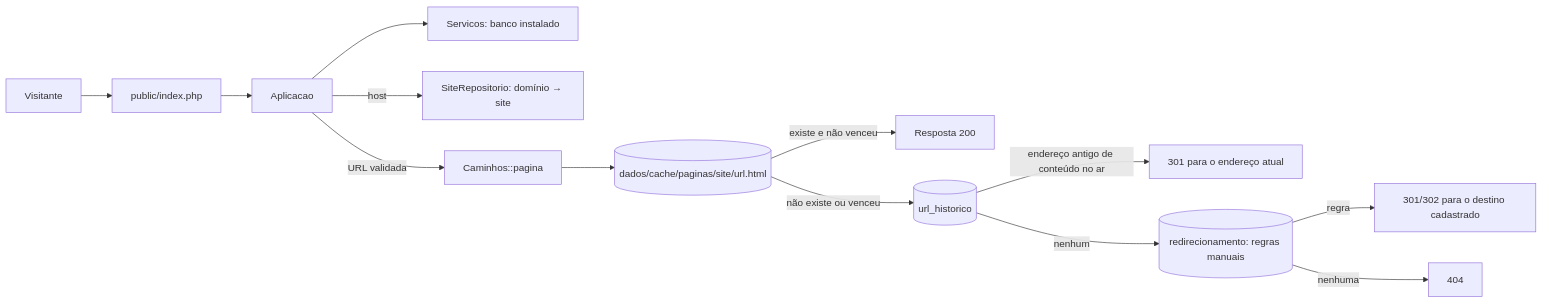
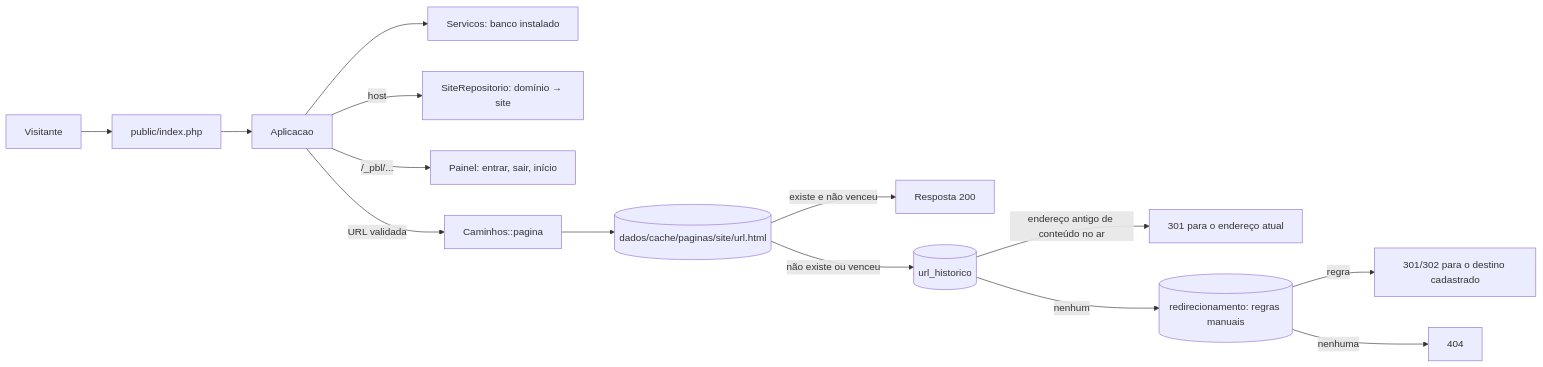
One commit to publicare/publicare4 changed the first of 2 diagrams in docs/tecnica/arquitetura.md. Above: the diagram before and after it, drawn with Mermaid. The commit also changed other lines of this file and 27 other files, not shown here.

````diff
--- a/docs/tecnica/arquitetura.md
+++ b/docs/tecnica/arquitetura.md
@@ -7,15 +7,16 @@
 ```mermaid
 flowchart LR
     V[Visitante] --> I[public/index.php]
     I --> A[Aplicacao]
     A --> S[Servicos: banco instalado]
     A -->|host| H[SiteRepositorio: domínio → site]
+    A -->|/_pbl/...| P[Painel: entrar, sair, início]
     A -->|URL validada| C[Caminhos::pagina]
     C --> F[(dados/cache/paginas/site/url.html)]
     F -->|existe e não venceu| R[Resposta 200]
     F -->|não existe ou venceu| UH[(url_historico)]
     UH -->|endereço antigo de conteúdo no ar| M[301 para o endereço atual]
     UH -->|nenhum| RM[(redirecionamento: regras manuais)]
     RM -->|regra| M2[301/302 para o destino cadastrado]
     RM -->|nenhuma| N[404]
 ```
````
